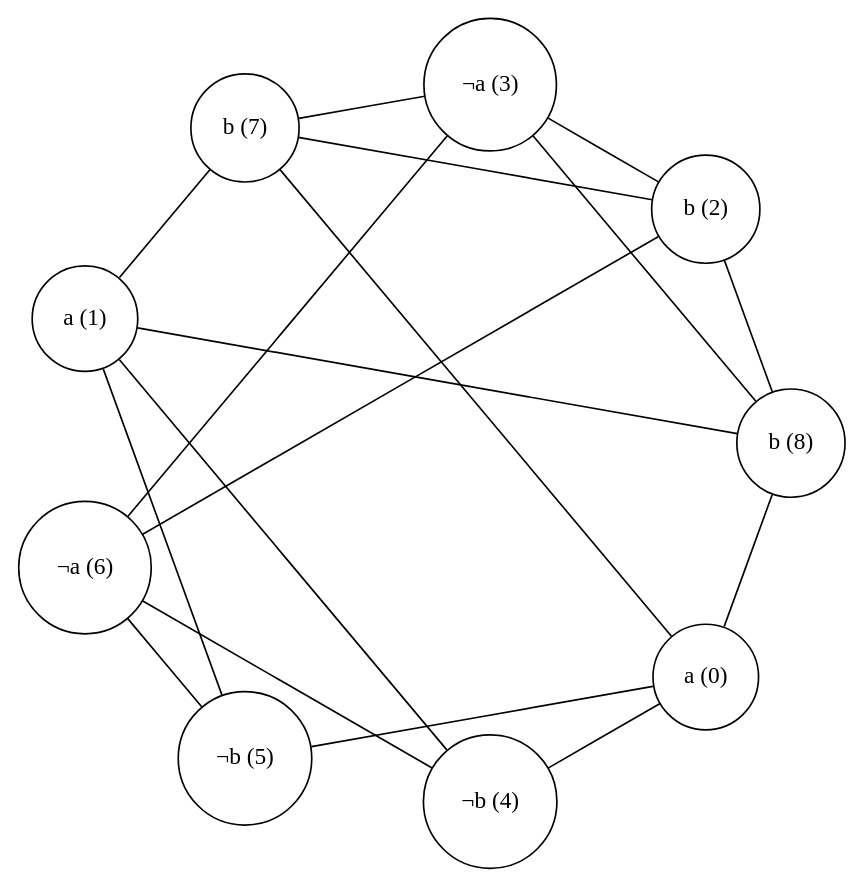
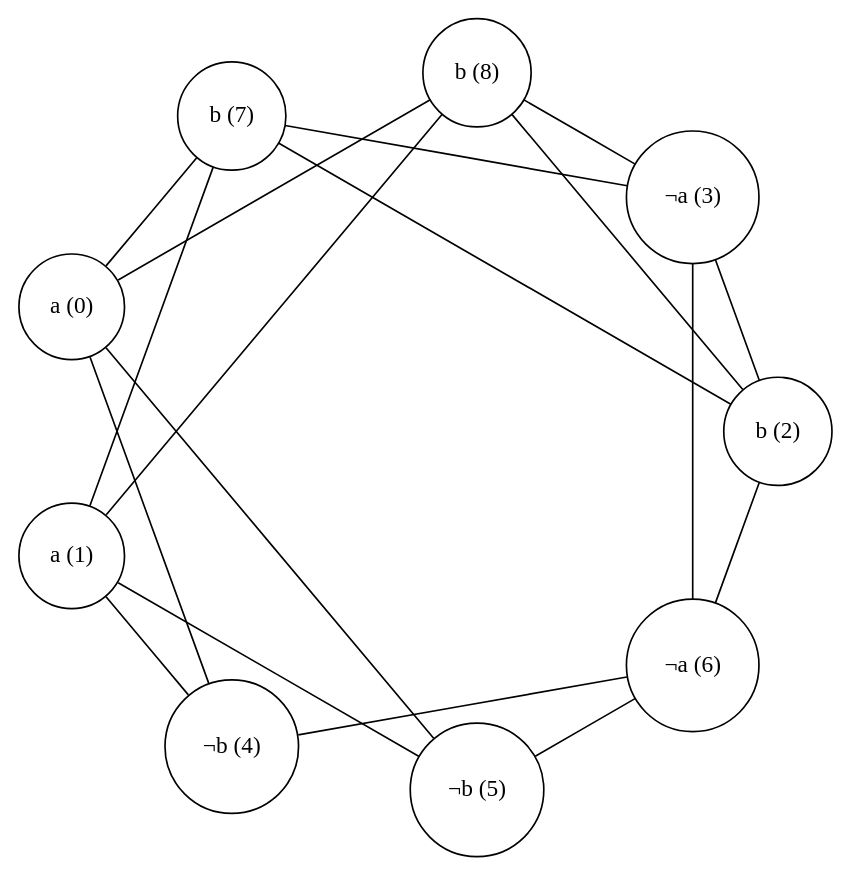
The diagram in dot/graph.dot (Daniel-del-Castillo/3SAT-Clique-Transformation), drawn with Graphviz before and after one commit. The commit also changed 1 other file, not shown here.

```diff
--- a/dot/graph.dot
+++ b/dot/graph.dot
@@ -1,25 +1,25 @@
 graph CLIQUE {
 	splines=false;
 	rankdir=LR ;
 	size = "10 , 4";
 	layout=circo;
 	d2tstyleonly = true;
 	node [ shape = circle ];
-	"b (7)" -- "b (2)";
-	"b (7)" -- "a (1)";
-	"¬b (4)" -- "a (1)";
 	"¬b (5)" -- "a (0)";
-	"b (8)" -- "b (2)";
+	"¬b (4)" -- "a (0)";
+	"b (2)" -- "b (8)";
+	"¬a (6)" -- "¬b (5)";
+	"b (8)" -- "¬a (3)";
+	"b (7)" -- "¬a (3)";
 	"b (2)" -- "¬a (3)";
-	"b (7)" -- "¬a (3)";
-	"¬b (4)" -- "a (0)";
-	"b (8)" -- "a (0)";
-	"b (8)" -- "¬a (3)";
-	"¬b (5)" -- "a (1)";
-	"¬b (5)" -- "¬a (6)";
+	"b (2)" -- "¬a (6)";
+	"a (1)" -- "¬b (5)";
+	"a (0)" -- "b (8)";
+	"a (1)" -- "b (7)";
+	"a (1)" -- "¬b (4)";
+	"a (1)" -- "b (8)";
+	"a (0)" -- "b (7)";
+	"¬b (4)" -- "¬a (6)";
+	"b (2)" -- "b (7)";
 	"¬a (6)" -- "¬a (3)";
-	"b (8)" -- "a (1)";
-	"b (7)" -- "a (0)";
-	"¬a (6)" -- "b (2)";
-	"¬b (4)" -- "¬a (6)";
 }
```
